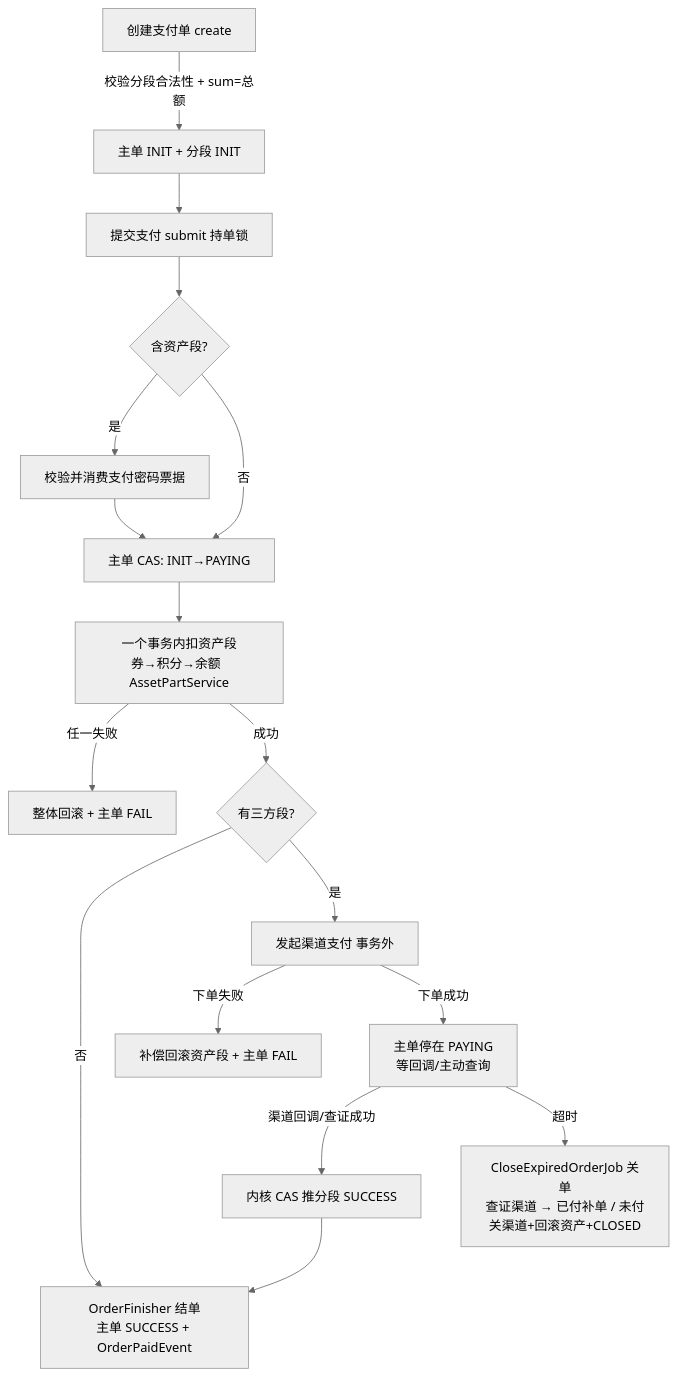
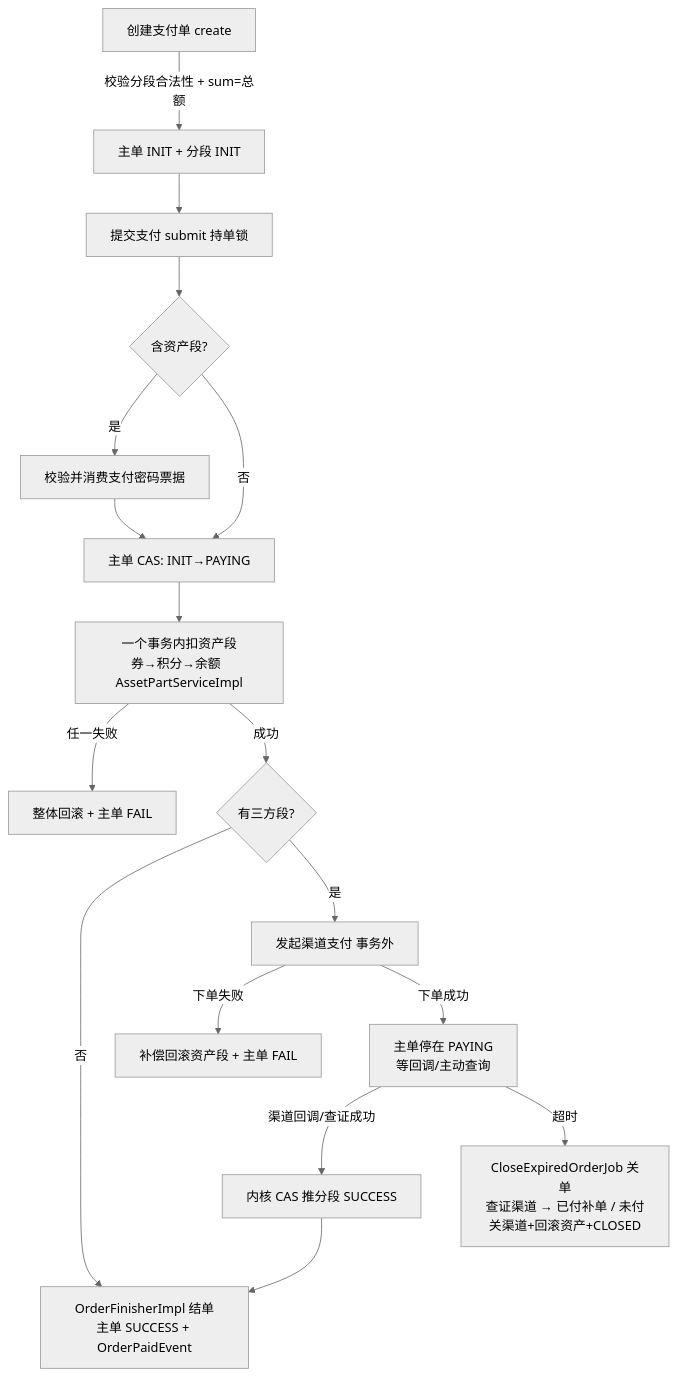
The first of 5 diagrams in README.md (WLJDSG/wallet), drawn with Mermaid (neutral theme) before and after one commit. The commit also changed other lines of this file and 187 other files, not shown here.

````diff
--- a/README.md
+++ b/README.md
@@ -212,18 +271,18 @@
 ```mermaid
 flowchart TD
     A[创建支付单 create] -->|校验分段合法性 + sum=总额| B[主单 INIT + 分段 INIT]
     B --> C[提交支付 submit  持单锁]
     C --> D{含资产段?}
     D -->|是| E[校验并消费支付密码票据]
     D -->|否| F
     E --> F[主单 CAS: INIT→PAYING]
-    F --> G[一个事务内扣资产段<br/>券→积分→余额  AssetPartService]
+    F --> G[一个事务内扣资产段<br/>券→积分→余额  AssetPartServiceImpl]
     G -->|任一失败| H[整体回滚 + 主单 FAIL]
     G -->|成功| I{有三方段?}
-    I -->|否| J[OrderFinisher 结单<br/>主单 SUCCESS + OrderPaidEvent]
+    I -->|否| J[OrderFinisherImpl 结单<br/>主单 SUCCESS + OrderPaidEvent]
     I -->|是| K[发起渠道支付  事务外]
     K -->|下单失败| L[补偿回滚资产段 + 主单 FAIL]
     K -->|下单成功| M[主单停在 PAYING<br/>等回调/主动查询]
     M -->|渠道回调/查证成功| N[内核 CAS 推分段 SUCCESS] --> J
     M -->|超时| O[CloseExpiredOrderJob 关单<br/>查证渠道 → 已付补单 / 未付关渠道+回滚资产+CLOSED]
 ```
````
